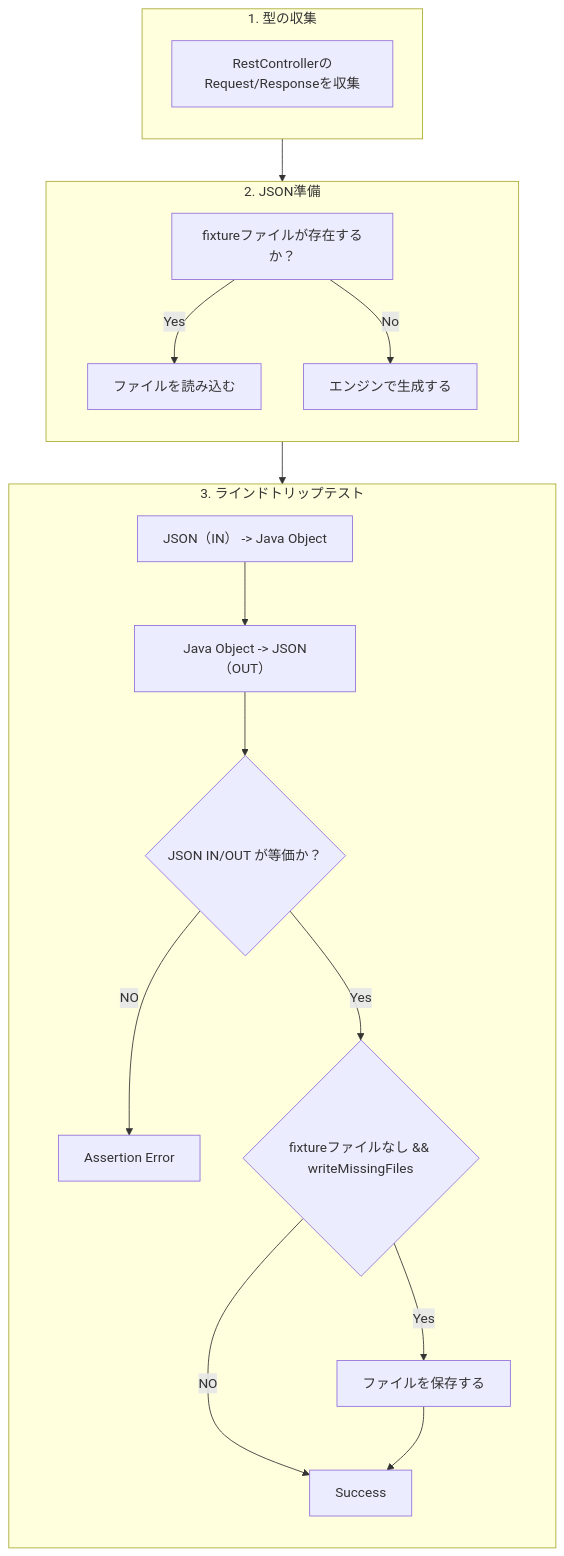
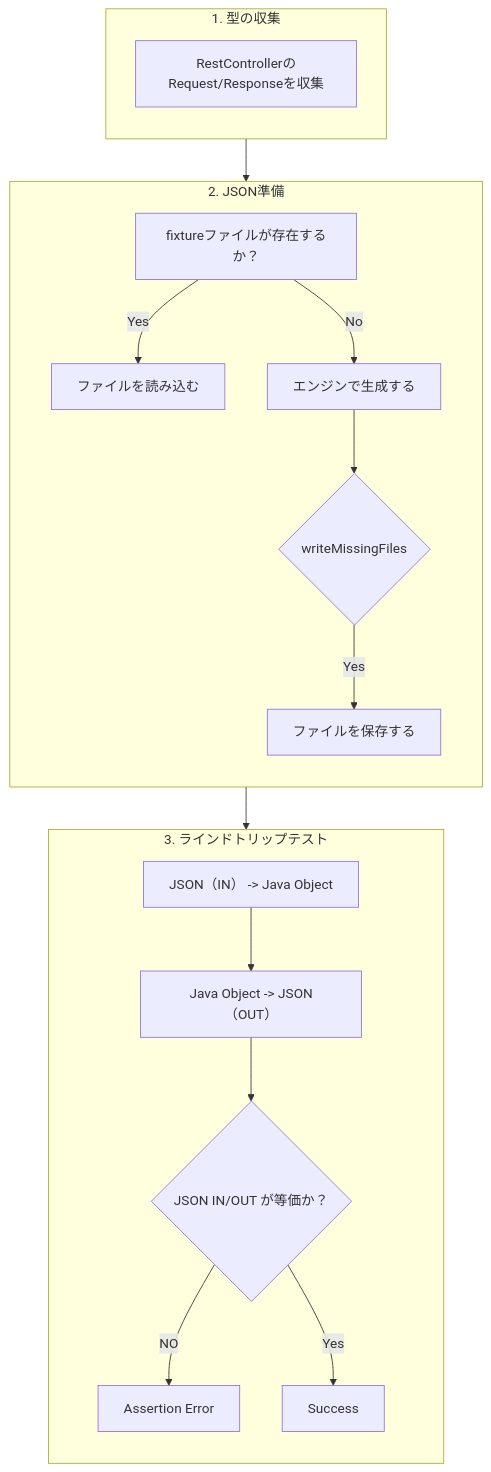
The diagram in README.md (irof/spring-payload-binding-test), drawn with Mermaid before and after one commit.

````diff
--- a/README.md
+++ b/README.md
@@ -9,31 +9,31 @@
 ```mermaid
 flowchart TB
   subgraph Collection[1. 型の収集]
     direction TB
     C1[RestControllerのRequest/Responseを収集]
   end
 
   subgraph Prepare[2. JSON準備]
     direction TB
     E1["fixtureファイルが存在するか？"]
     E1 -- Yes --> E2-1[ファイルを読み込む]
     E1 -- No --> E2-2[エンジンで生成する]
+
+    E2-2 --> EW{"writeMissingFiles"}
+    EW -- Yes --> T_write["ファイルを保存する"]
   end
 
   subgraph Execution[3. ラインドトリップテスト]
     direction TB
     T1["JSON（IN） -> Java Object"]
     T2["Java Object -> JSON（OUT）"]
     TC{"JSON IN/OUT が等価か？"}
     T1 --> T2 --> TC
     TC -- NO --> T_error[Assertion Error]
-    TC -- Yes --> TW{"fixtureファイルなし && writeMissingFiles"}
+    TC -- Yes --> T_success
     T_success["Success"]
-    TW -- NO --> T_success
-    TW -- Yes --> T_write["ファイルを保存する"]
-    T_write --> T_success
   end
 
   Collection --> Prepare
   Prepare --> Execution
 ```
````
